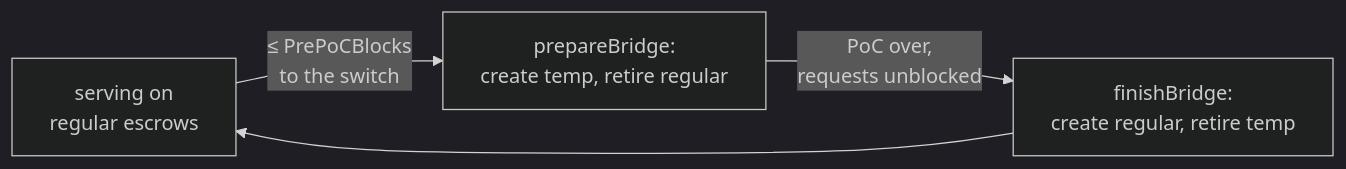
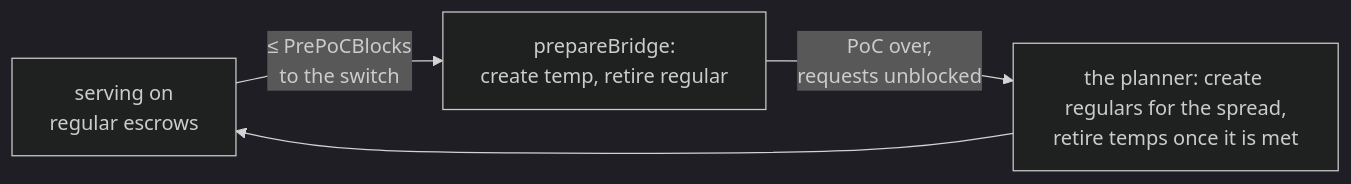
The second of 3 diagrams in devshard/cmd/gateway/docs/escrows.md (qdanik/gonka), drawn with Mermaid (dark theme) before and after one commit. The commit also changed other lines of this file and 223 other files, not shown here.

````diff
--- a/devshard/cmd/gateway/docs/escrows.md
+++ b/devshard/cmd/gateway/docs/escrows.md
@@ -110,6 +113,6 @@
 ```mermaid
 graph LR
     A["serving on<br/>regular escrows"] -->|"≤ PrePoCBlocks<br/>to the switch"| B["prepareBridge:<br/>create temp, retire regular"]
-    B -->|"PoC over,<br/>requests unblocked"| C["finishBridge:<br/>create regular, retire temp"]
+    B -->|"PoC over,<br/>requests unblocked"| C["the planner: create regulars for the spread,<br/>retire temps once it is met"]
     C --> A
 ```
````
